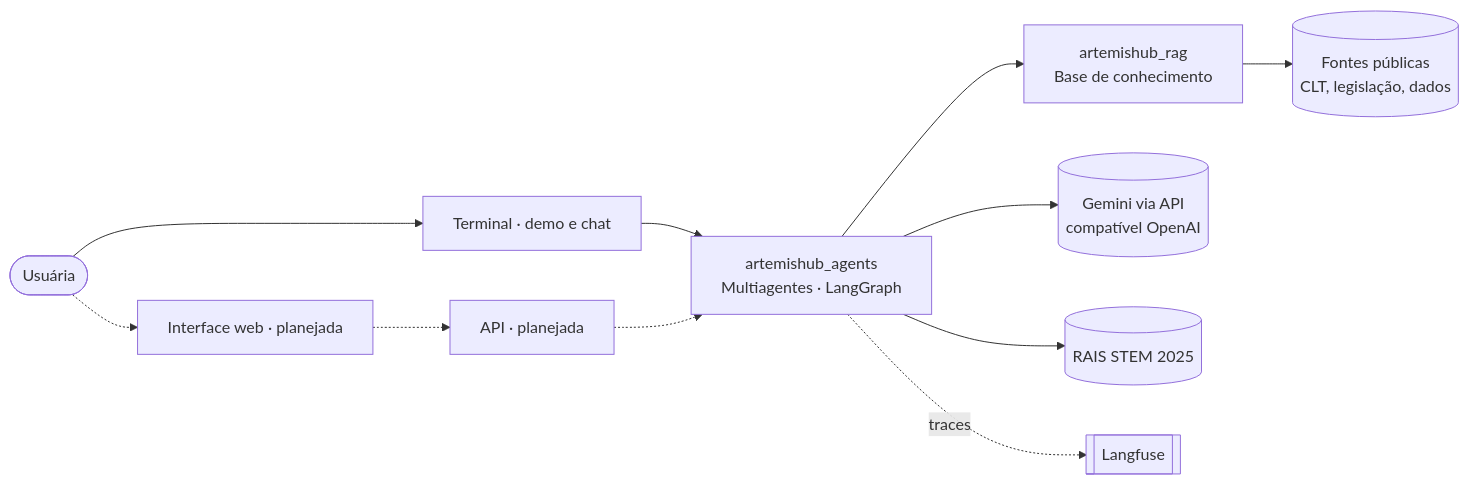
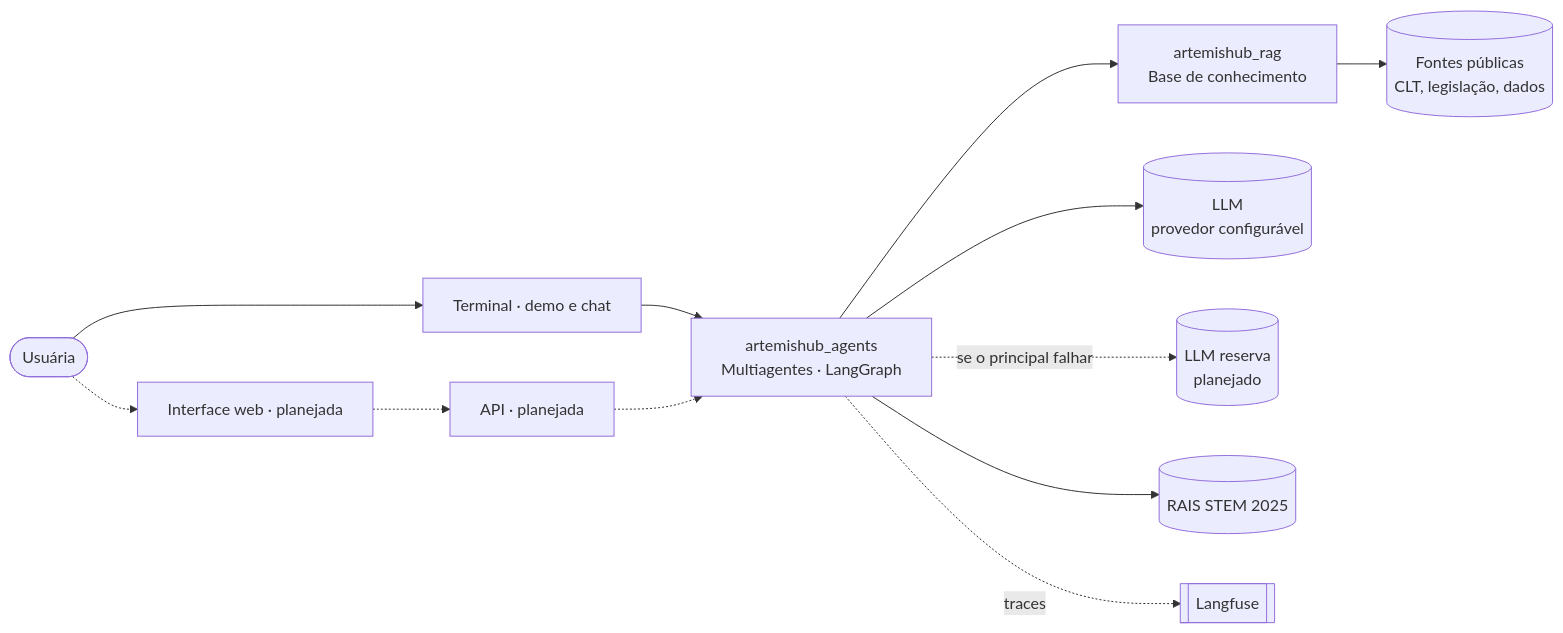
Before and after one commit to ArtemisHubApp/artemishub_docs: the diagram in docs/arquitetura/index.md, drawn with Mermaid. The commit also changed 3 other files, not shown here.

Commit message:
docs: diagramas com LLM configurável e reserva planejado (#38)

````diff
--- a/docs/arquitetura/index.md
+++ b/docs/arquitetura/index.md
@@ -14,13 +14,14 @@
 ```mermaid
 flowchart LR
     U([Usuária]) --> CLI[Terminal · demo e chat]
     CLI --> AG[artemishub_agents<br/>Multiagentes · LangGraph]
     U -.-> FE[Interface web · planejada]
     FE -.-> BE[API · planejada]
     BE -.-> AG
     AG --> RAG[artemishub_rag<br/>Base de conhecimento]
-    AG --> LLM[(Gemini via API<br/>compatível OpenAI)]
+    AG --> LLM[(LLM<br/>provedor configurável)]
+    AG -. se o principal falhar .-> RES[(LLM reserva<br/>planejado)]
     AG --> RAIS[(RAIS STEM 2025)]
     AG -. traces .-> LF[[Langfuse]]
     RAG --> SRC[(Fontes públicas<br/>CLT, legislação, dados)]
 ```
````
